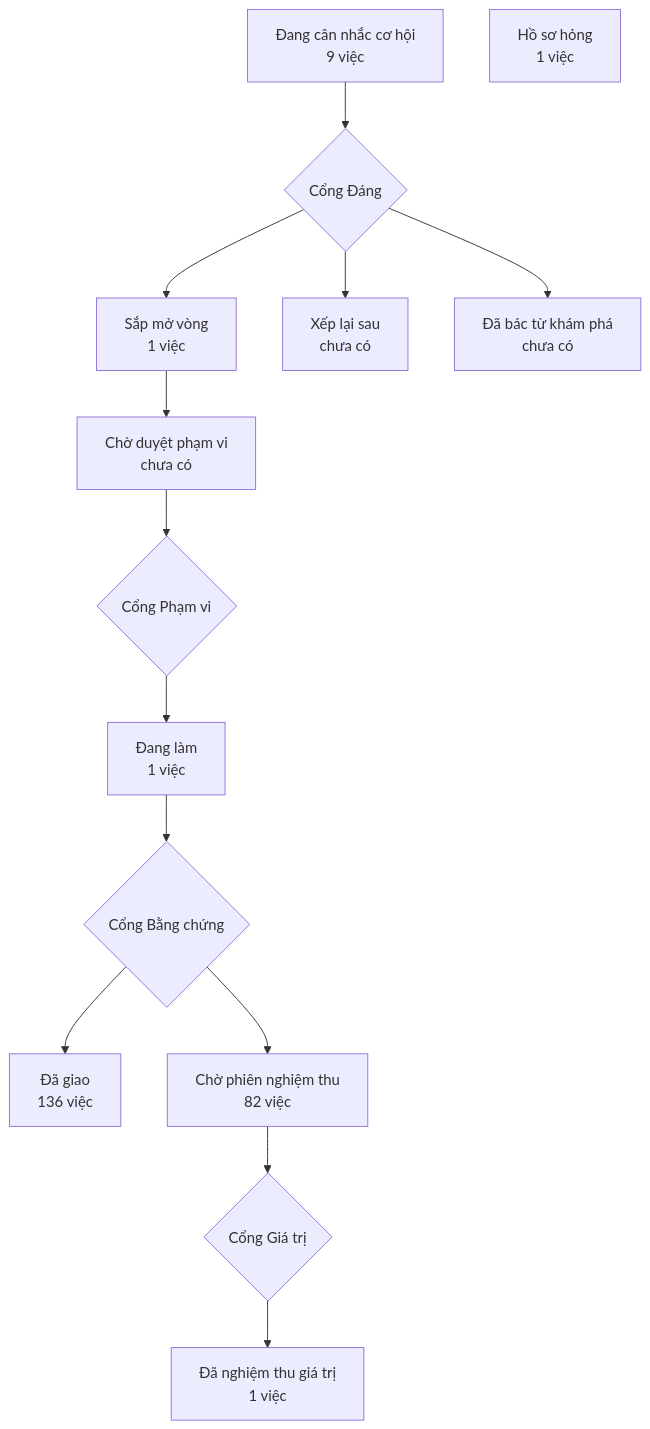
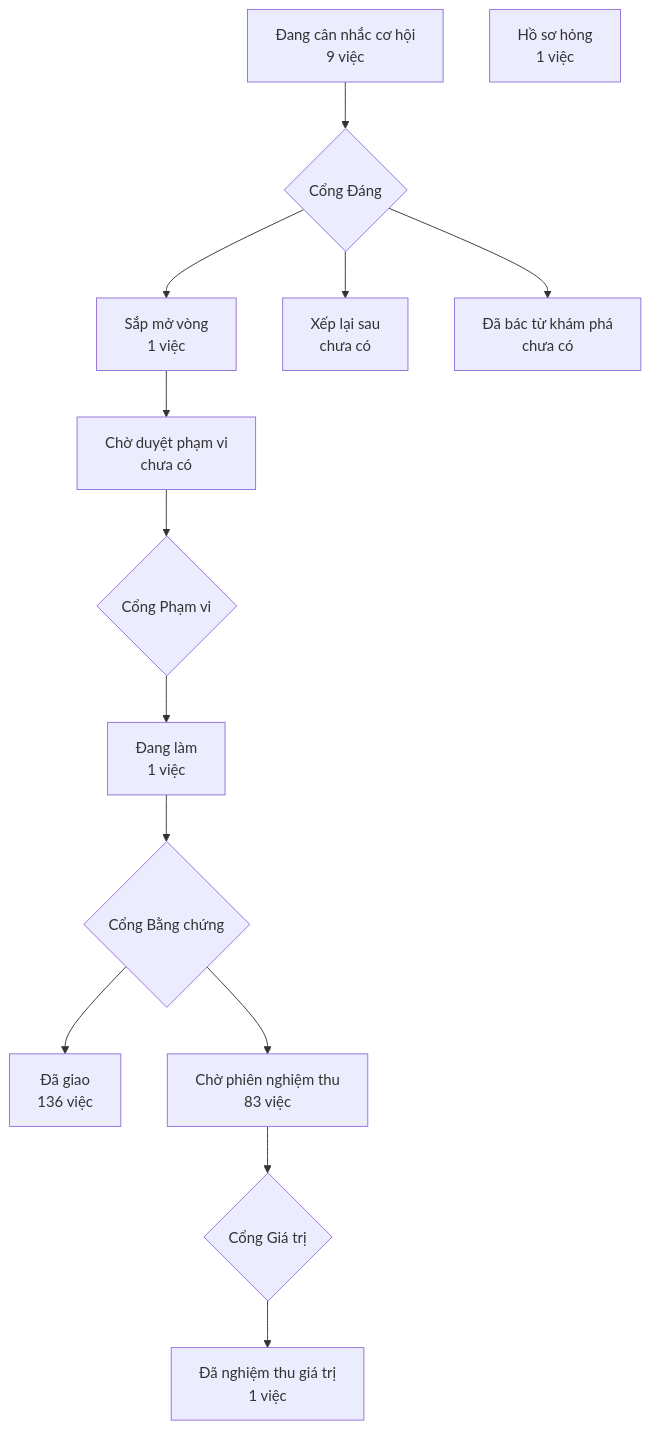
The diagram in PRODUCT-MAP.md (phanlemanh/crm-onehub), drawn with Mermaid before and after one commit. The commit also changed 1 other file, not shown here.

Commit message:
chore: vẽ lại bản đồ sản phẩm từ bản sạch sau gộp onehub

````diff
--- a/PRODUCT-MAP.md
+++ b/PRODUCT-MAP.md
@@ -7,13 +7,13 @@
 ```mermaid
 flowchart TD
   A["Đang cân nhắc cơ hội<br/>9 việc"] --> GD{"Cổng Đáng"}
   GD --> B["Sắp mở vòng<br/>1 việc"]
   GD --> XL["Xếp lại sau<br/>chưa có"]
   GD --> DB["Đã bác từ khám phá<br/>chưa có"]
   B --> CD["Chờ duyệt phạm vi<br/>chưa có"] --> GP{"Cổng Phạm vi"}
   GP --> DL["Đang làm<br/>1 việc"] --> GB{"Cổng Bằng chứng"}
   GB --> DG["Đã giao<br/>136 việc"]
-  GB --> CN["Chờ phiên nghiệm thu<br/>82 việc"] --> GG{"Cổng Giá trị"}
+  GB --> CN["Chờ phiên nghiệm thu<br/>83 việc"] --> GG{"Cổng Giá trị"}
   GG --> NT["Đã nghiệm thu giá trị<br/>1 việc"]
   HS["Hồ sơ hỏng<br/>1 việc"]
 ```
````
